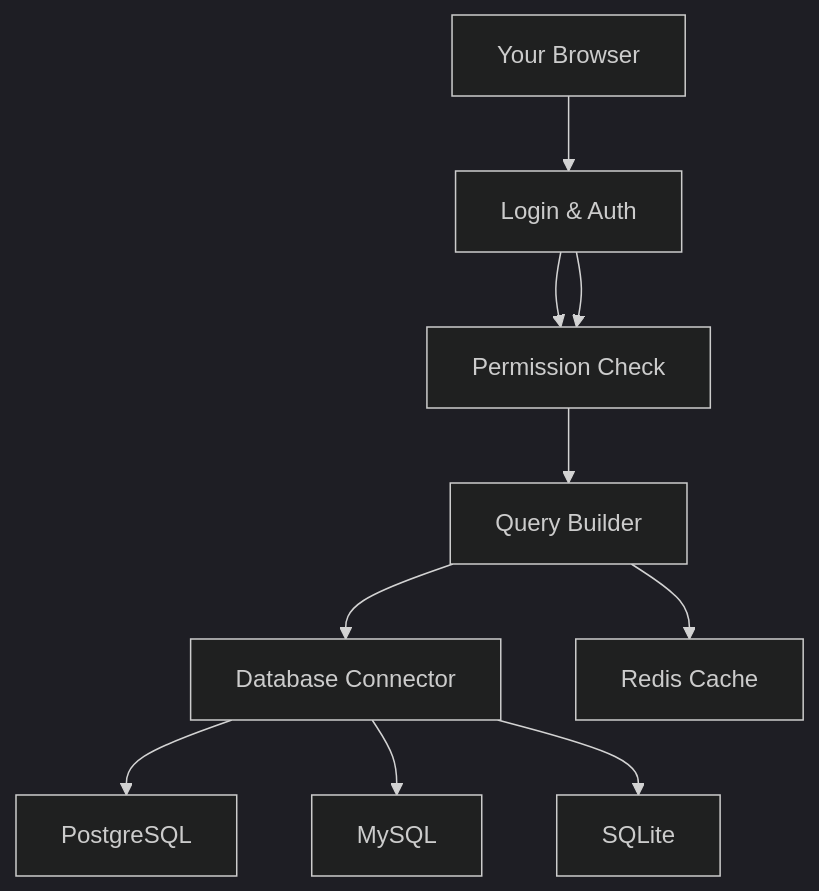
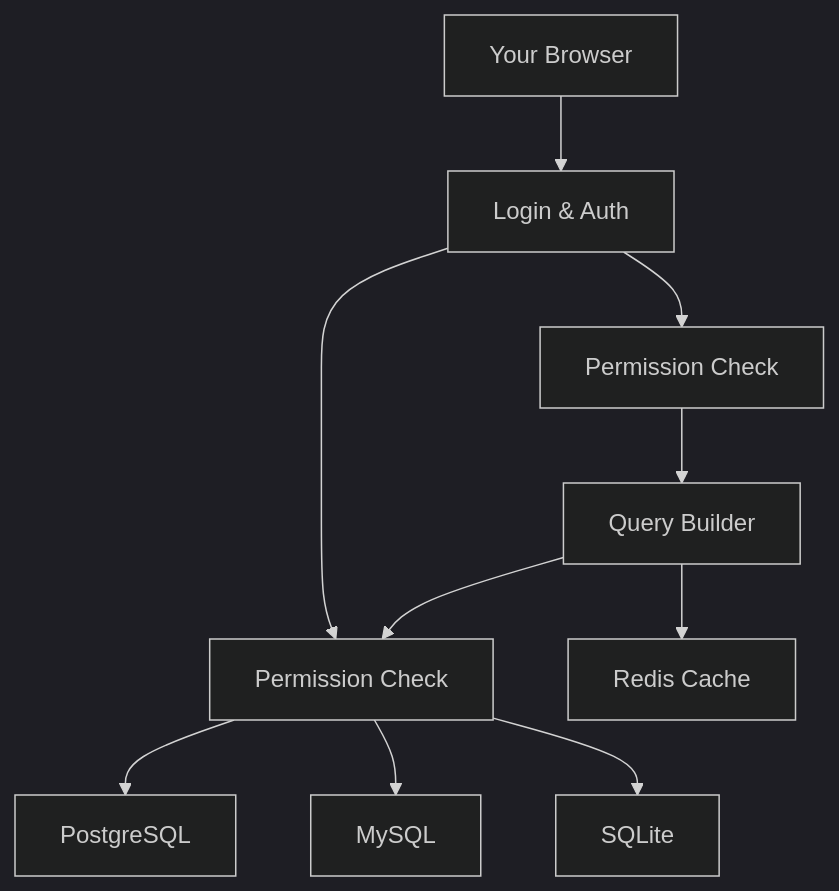
The diagram in README.md (Ayanleaideed/Natural-Language-to-SQL), drawn with Mermaid (dark theme) before and after one commit.

````diff
--- a/README.md
+++ b/README.md
@@ -45,12 +45,12 @@
 ```mermaid
 graph TD
     A[Your Browser] --> B[Login & Auth]
     B --> C[Permission Check]
     C --> D[Query Builder]
     D --> E[Database Connector]
-    B --> C[Permission Check]
+    B --> E[Permission Check]
     E --> F1[PostgreSQL]
     E --> F2[MySQL]
     E --> F3[SQLite]
     D --> G[Redis Cache]
 ```
````
